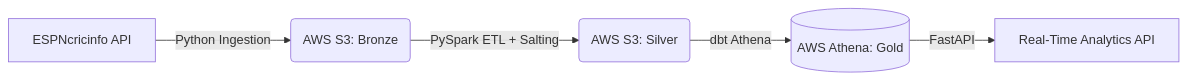
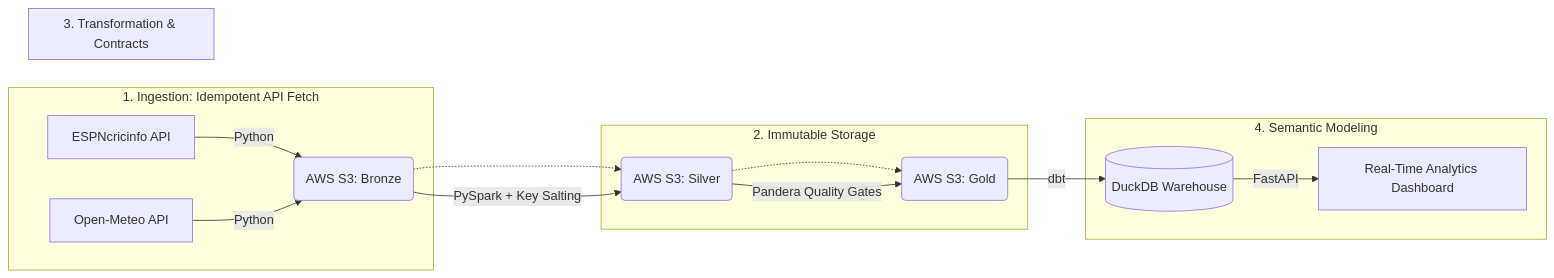
The diagram in README.md (NADEEMTHEBA8/coverdrive), drawn with Mermaid before and after one commit. The commit also changed other lines of this file and 1 other file, not shown here.

First line of the commit message:
docs: add architectural rationale and trade-offs

````diff
--- a/README.md
+++ b/README.md
@@ -18,7 +22,22 @@
 ```mermaid
 flowchart LR
-  A[ESPNcricinfo API] -->|Python Ingestion| B(AWS S3: Bronze)
-  B -->|PySpark ETL + Salting| C(AWS S3: Silver)
-  C -->|dbt Athena| D[(AWS Athena: Gold)]
-  D -->|FastAPI| E[Real-Time Analytics API]
+    subgraph Ingestion Layer [1. Ingestion: Idempotent API Fetch]
+        A[ESPNcricinfo API] -->|Python| B(AWS S3: Bronze)
+        A2[Open-Meteo API] -->|Python| B
+    end
+
+    subgraph Storage Layer [2. Immutable Storage]
+        B -.-> C(AWS S3: Silver)
+        C -.-> D(AWS S3: Gold)
+    end
+
+    subgraph Processing Layer [3. Transformation & Contracts]
+        B -->|PySpark + Key Salting| C
+        C -->|Pandera Quality Gates| D
+    end
+
+    subgraph Serving Layer [4. Semantic Modeling]
+        D -->|dbt| E[(DuckDB Warehouse)]
+        E -->|FastAPI| F[Real-Time Analytics Dashboard]
+    end
 ```
````
